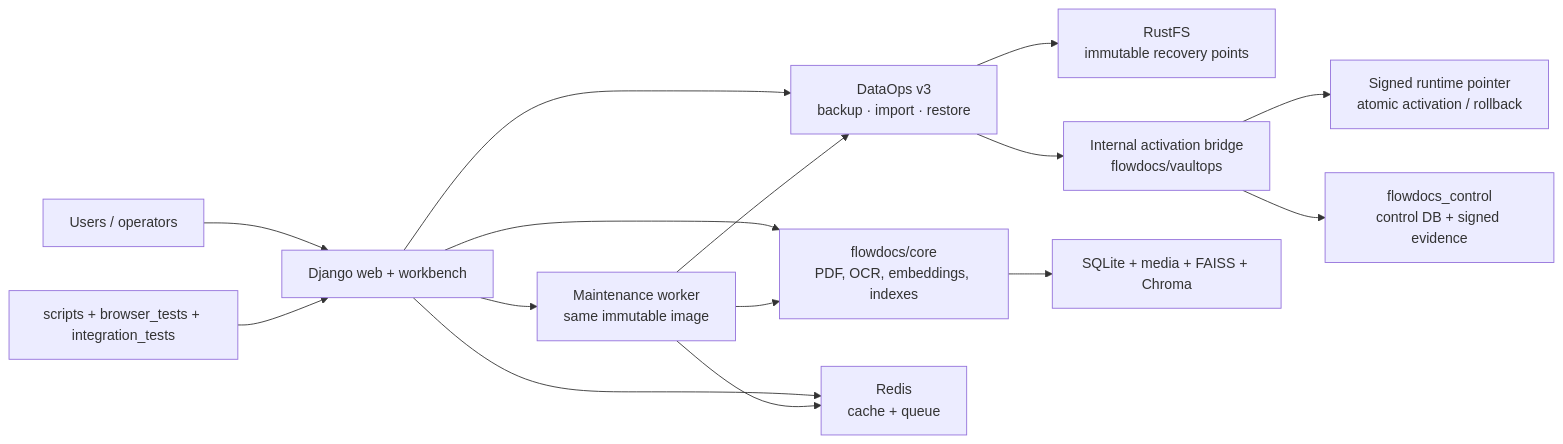
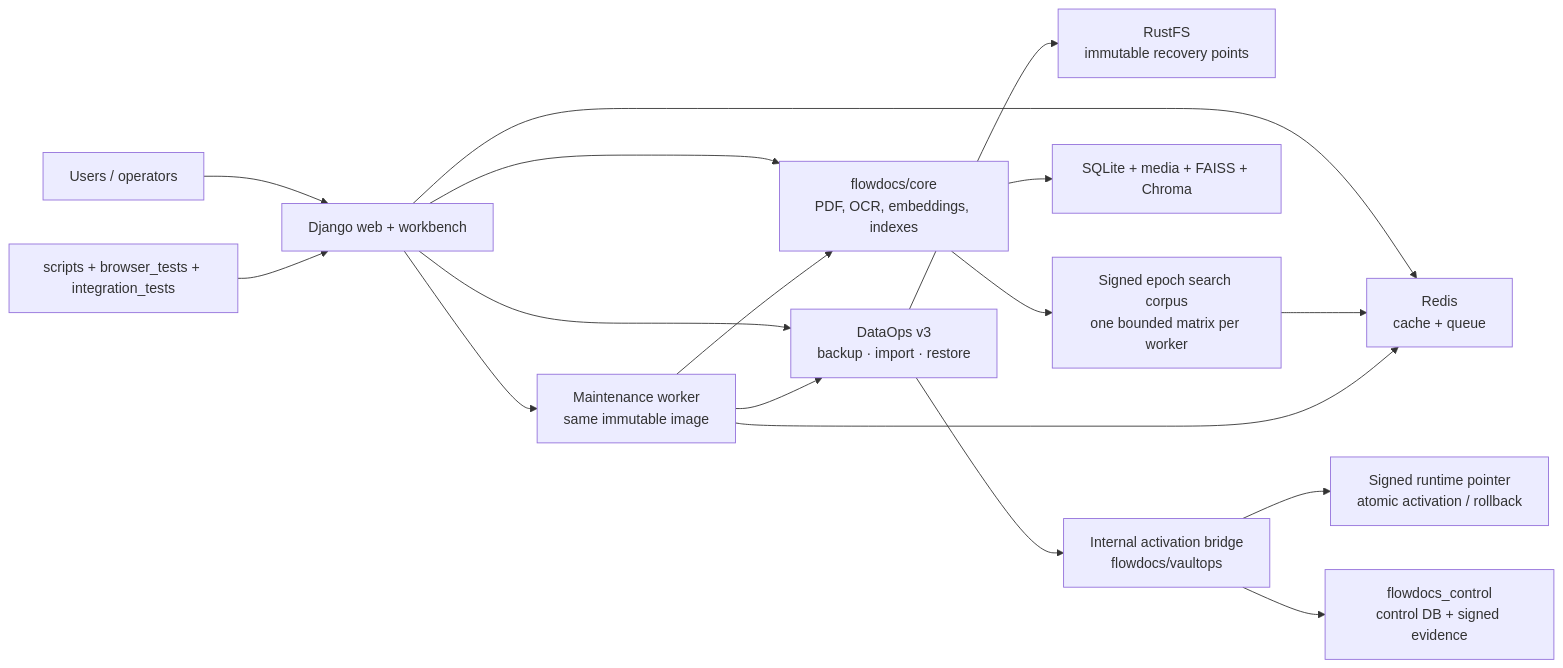
One commit to Nimble-esolutions/PdfSearch changed the diagram in README.md. Above: the diagram before and after it, drawn with Mermaid. The commit also changed other lines of this file and 69 other files, not shown here.

First line of the commit message:
Optimize signed-runtime search latency and answer continuity (#192)

````diff
--- a/README.md
+++ b/README.md
@@ -156,17 +165,19 @@
 ```mermaid
 flowchart LR
   U["Users / operators"] --> W["Django web + workbench"]
   W --> M["Maintenance worker<br/>same immutable image"]
   W --> D["flowdocs/core<br/>PDF, OCR, embeddings, indexes"]
   M --> D
   W --> O["DataOps v3<br/>backup · import · restore"]
   M --> O
   O --> R["RustFS<br/>immutable recovery points"]
   O --> V["Internal activation bridge<br/>flowdocs/vaultops"]
   V --> P["Signed runtime pointer<br/>atomic activation / rollback"]
   D --> Q["SQLite + media + FAISS + Chroma"]
   V --> X["flowdocs_control<br/>control DB + signed evidence"]
   W --> C["Redis<br/>cache + queue"]
+  D --> H["Signed epoch search corpus<br/>one bounded matrix per worker"]
+  H --> C
   M --> C
   T["scripts + browser_tests + integration_tests"] --> W
 ```
````
